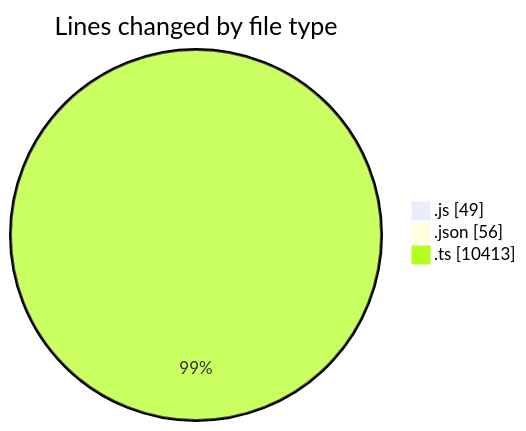
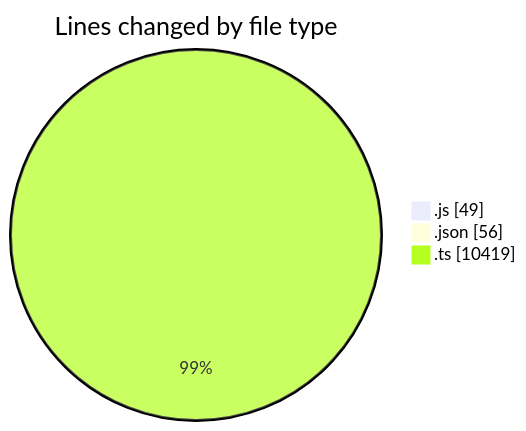
One commit to momahboobian/code-tracking changed the first of 2 diagrams in 2025-09-04/cda/README.md. Above: the diagram before and after it, drawn with Mermaid. The commit also changed other lines of this file and 1 other file, not shown here.

````diff
--- a/2025-09-04/cda/README.md
+++ b/2025-09-04/cda/README.md
@@ -25,7 +25,7 @@
 ```mermaid
 pie showData
 title Lines changed by file type
 ".js" : 49
 ".json" : 56
-".ts" : 10413
+".ts" : 10419
 ```
````
